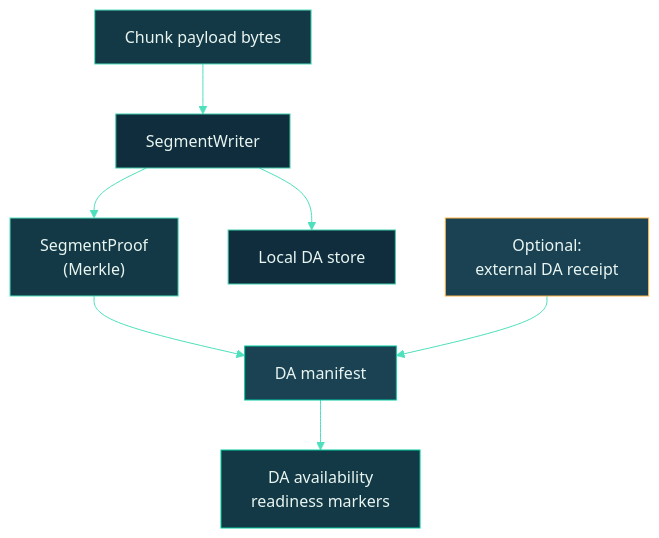
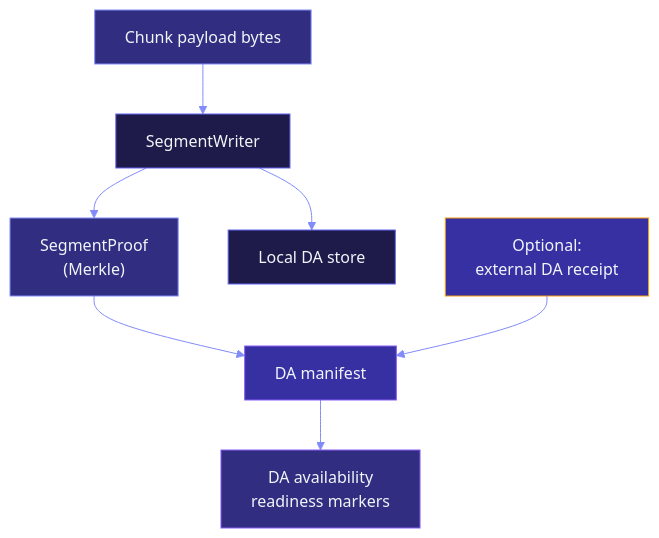
The second of 2 diagrams in docs/architecture/state.md (Myelin-Labs/Myelin), drawn with Mermaid before and after one commit. The commit also changed other lines of this file and 31 other files, not shown here.

````diff
--- a/docs/architecture/state.md
+++ b/docs/architecture/state.md
@@ -114,36 +114,36 @@
 ```mermaid
 %%{init: {
   "theme": "base",
   "themeVariables": {
-    "primaryColor": "#0F2D3D",
-    "primaryTextColor": "#E8F5F1",
-    "primaryBorderColor": "#3CCBAA",
-    "lineColor": "#4EE0BC",
-    "secondaryColor": "#143946",
-    "tertiaryColor": "#1A4253"
+    "primaryColor": "#1E1B4B",
+    "primaryTextColor": "#F1F5F9",
+    "primaryBorderColor": "#6366F1",
+    "lineColor": "#818CF8",
+    "secondaryColor": "#312E81",
+    "tertiaryColor": "#3730A3"
   }
 }}%%
 flowchart TB
     A["Chunk payload bytes"]:::in
     B["SegmentWriter"]:::stage
     C["SegmentProof<br/>(Merkle)"]:::proof
     D["DA manifest"]:::out
     E["Local DA store"]:::store
     F["Optional:<br/>external DA receipt"]:::ext
     G["DA availability<br/>readiness markers"]:::ready
 
     A --> B
     B --> C
     B --> E
     C --> D
     F --> D
     D --> G
 
-    classDef in    fill:#143946,stroke:#4EE0BC,color:#E8F5F1;
-    classDef stage fill:#0F2D3D,stroke:#3CCBAA,color:#E8F5F1;
-    classDef proof fill:#143946,stroke:#4EE0BC,color:#E8F5F1;
-    classDef out   fill:#1A4253,stroke:#00CC9F,color:#E8F5F1;
-    classDef store fill:#0F2D3D,stroke:#3CCBAA,color:#E8F5F1;
-    classDef ext   fill:#1A4253,stroke:#FFB347,color:#E8F5F1;
-    classDef ready fill:#143946,stroke:#00CC9F,color:#E8F5F1;
+    classDef in    fill:#312E81,stroke:#818CF8,color:#F1F5F9;
+    classDef stage fill:#1E1B4B,stroke:#6366F1,color:#F1F5F9;
+    classDef proof fill:#312E81,stroke:#818CF8,color:#F1F5F9;
+    classDef out   fill:#3730A3,stroke:#8B5CF6,color:#F1F5F9;
+    classDef store fill:#1E1B4B,stroke:#6366F1,color:#F1F5F9;
+    classDef ext   fill:#3730A3,stroke:#F59E0B,color:#F1F5F9;
+    classDef ready fill:#312E81,stroke:#8B5CF6,color:#F1F5F9;
 ```
````
